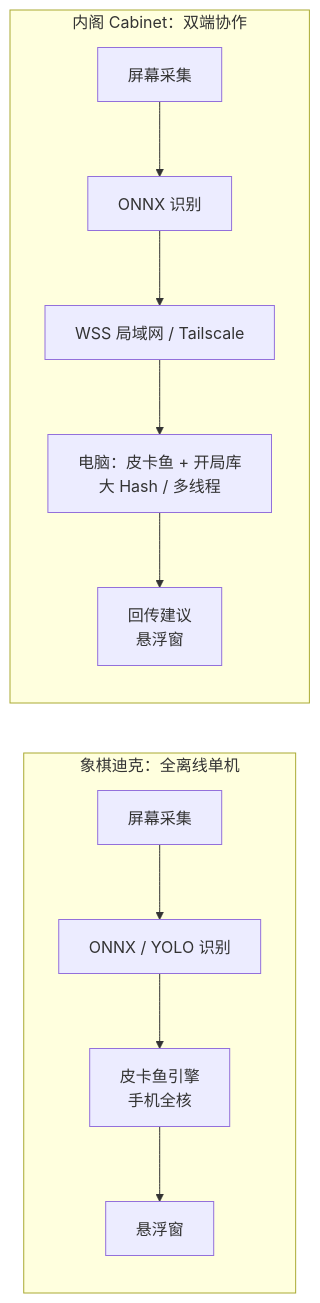
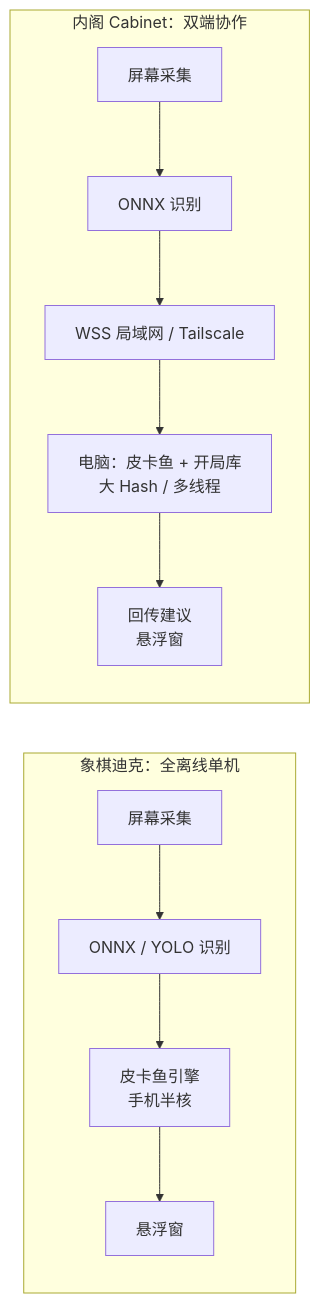
One commit to Silva6c/chess-dike changed the first of 2 diagrams in docs/技术报告.md. Above: the diagram before and after it, drawn with Mermaid. The commit also changed other lines of this file and 50 other files, not shown here.

````diff
--- a/docs/技术报告.md
+++ b/docs/技术报告.md
@@ -259,11 +339,11 @@
 ```mermaid
 flowchart LR
     subgraph XQDK["象棋迪克：全离线单机"]
-        A1["屏幕采集"] --> A2["ONNX / YOLO 识别"] --> A3["皮卡鱼引擎<br/>手机全核"] --> A4["悬浮窗"]
+        A1["屏幕采集"] --> A2["ONNX / YOLO 识别"] --> A3["皮卡鱼引擎<br/>手机半核"] --> A4["悬浮窗"]
     end
     subgraph CAB["内阁 Cabinet：双端协作"]
         B1["屏幕采集"] --> B2["ONNX 识别"] --> B3["WSS 局域网 / Tailscale"]
         B3 --> B4["电脑：皮卡鱼 + 开局库<br/>大 Hash / 多线程"]
         B4 --> B5["回传建议<br/>悬浮窗"]
     end
 ```
````
